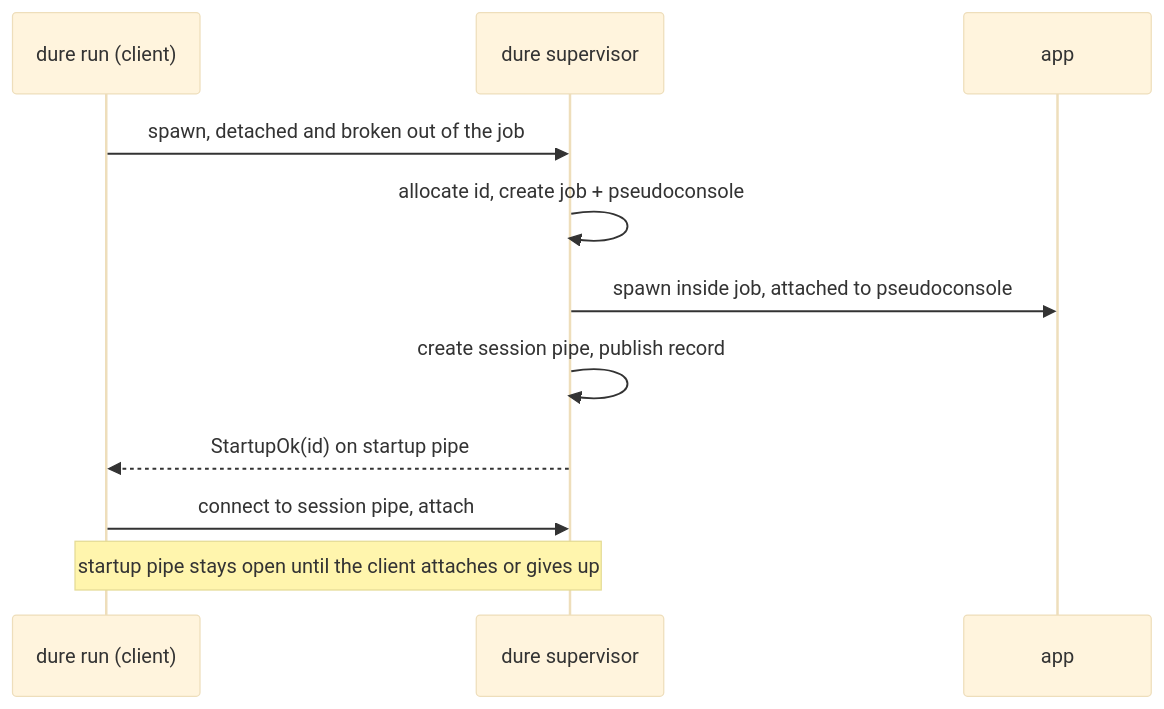
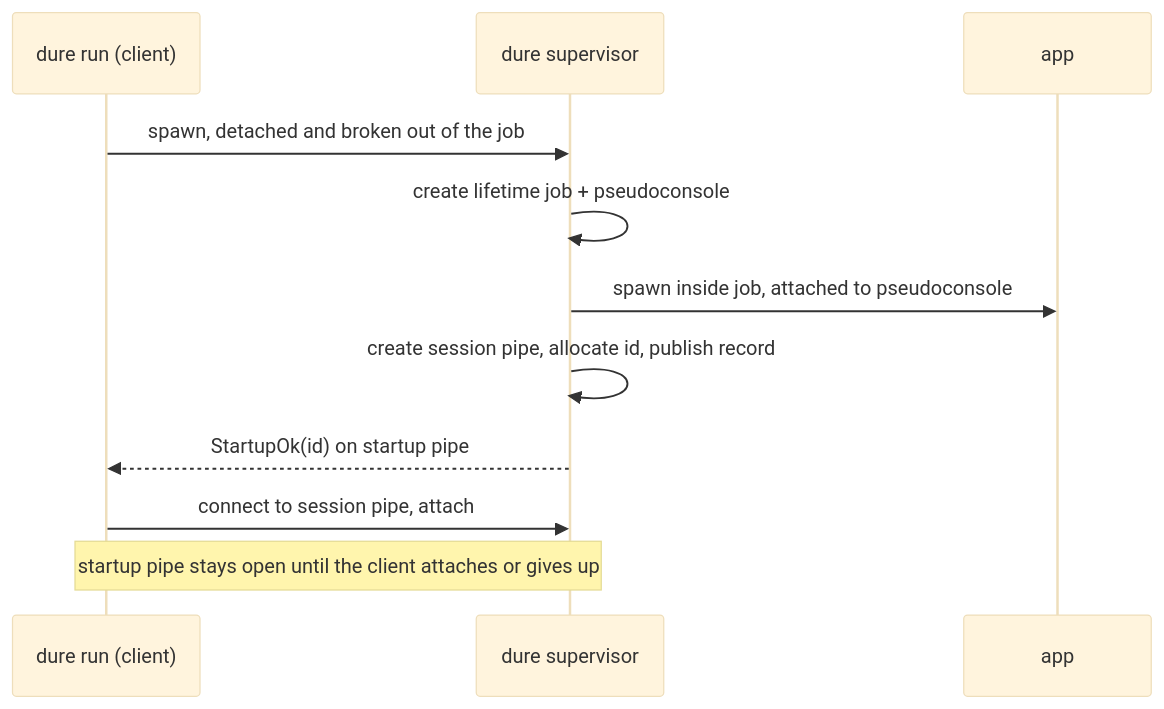
The first of 4 diagrams in packages/dure/docs/implementation.md (folo-rs/folo), drawn with Mermaid (base theme) before and after one commit. The commit also changed other lines of this file and 14 other files, not shown here.

````diff
--- a/packages/dure/docs/implementation.md
+++ b/packages/dure/docs/implementation.md
@@ -13,13 +13,13 @@
 ```mermaid
 sequenceDiagram
   participant C as dure run (client)
   participant S as dure supervisor
   participant A as app
   C->>S: spawn, detached and broken out of the job
-  S->>S: allocate id, create job + pseudoconsole
+  S->>S: create lifetime job + pseudoconsole
   S->>A: spawn inside job, attached to pseudoconsole
-  S->>S: create session pipe, publish record
+  S->>S: create session pipe, allocate id, publish record
   S-->>C: StartupOk(id) on startup pipe
   C->>S: connect to session pipe, attach
   Note over C,S: startup pipe stays open until the client attaches or gives up
 ```
````
